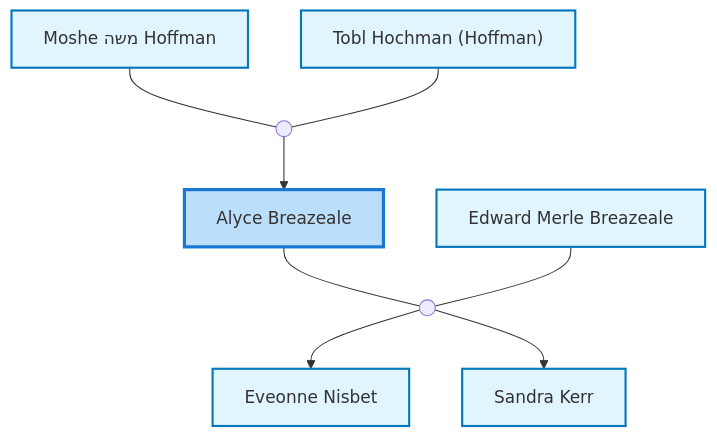
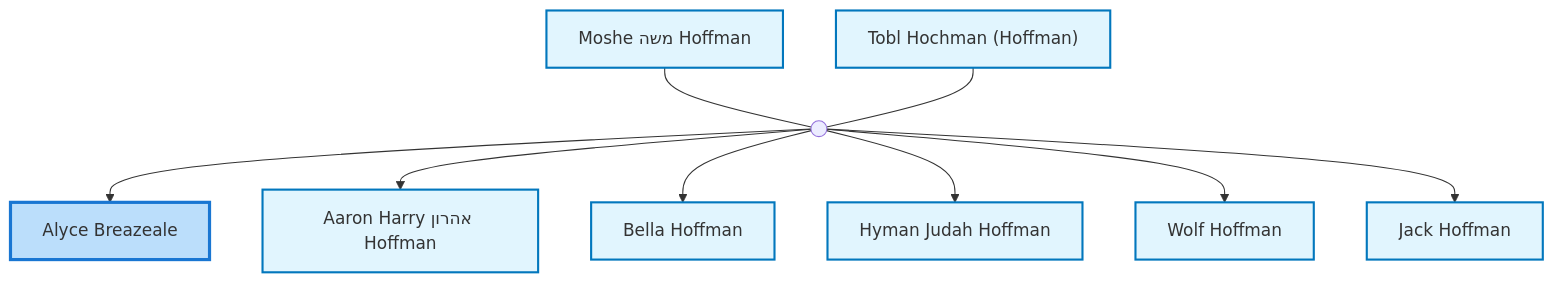
Before and after one commit to moshehoff/FamilyHistory: the first of 3 diagrams in site/content/profiles/Alyce Breazeale.md, drawn with Mermaid. The commit also changed 244 other files, not shown here.

Commit message:
Change Nuclear Family diagram to show parents and siblings, update site title to 'Hoffman Family History', revert diagram zoom to simple scaling

````diff
--- a/site/content/profiles/Alyce Breazeale.md
+++ b/site/content/profiles/Alyce Breazeale.md
@@ -22,33 +22,39 @@
 ```mermaid
 flowchart TD
 classDef person fill:#e1f5fe,stroke:#0277bd,stroke-width:2px;
 classDef internal-link fill:#e1f5fe,stroke:#0277bd,stroke-width:2px;
 classDef current fill:#bbdefb,stroke:#1976d2,stroke-width:3px;
 idI61277011["Alyce Breazeale"]
 class idI61277011 current
 click idI61277011 "../profiles/Alyce-Breazeale" "Alyce Breazeale"
 idI11052340["Moshe משה Hoffman"]
 class idI11052340 internal-link
 click idI11052340 "../profiles/Moshe-%D7%9E%D7%A9%D7%94-Hoffman" "Moshe משה Hoffman"
 idI38735986["Tobl Hochman (Hoffman)"]
 class idI38735986 internal-link
 click idI38735986 "../profiles/Tobl-Hochman-%28Hoffman%29" "Tobl Hochman (Hoffman)"
 marriage_idF3776794((" "))
 idI11052340 --- marriage_idF3776794
 idI38735986 --- marriage_idF3776794
 marriage_idF3776794 --> idI61277011
-idI61276980["Edward Merle Breazeale"]
-class idI61276980 internal-link
-click idI61276980 "../profiles/Edward-Merle-Breazeale" "Edward Merle Breazeale"
-marriage_idF20778736((" "))
-idI61277011 --- marriage_idF20778736
-idI61276980 --- marriage_idF20778736
-idI45569141["Eveonne Nisbet"]
-class idI45569141 internal-link
-click idI45569141 "../profiles/Eveonne-Nisbet" "Eveonne Nisbet"
-marriage_idF20778736 --> idI45569141
-idI39964744["Sandra Kerr"]
-class idI39964744 internal-link
-click idI39964744 "../profiles/Sandra-Kerr" "Sandra Kerr"
-marriage_idF20778736 --> idI39964744
+idI38736184["Aaron Harry אהרון Hoffman"]
+class idI38736184 internal-link
+click idI38736184 "../profiles/Aaron-Harry-%D7%90%D7%94%D7%A8%D7%95%D7%9F-Hoffman" "Aaron Harry אהרון Hoffman"
+marriage_idF3776794 --> idI38736184
+idI38736293["Bella Hoffman"]
+class idI38736293 internal-link
+click idI38736293 "../profiles/Bella-Hoffman" "Bella Hoffman"
+marriage_idF3776794 --> idI38736293
+idI11052350["Hyman Judah Hoffman"]
+class idI11052350 internal-link
+click idI11052350 "../profiles/Hyman-Judah-Hoffman" "Hyman Judah Hoffman"
+marriage_idF3776794 --> idI11052350
+idI7293825["Wolf Hoffman"]
+class idI7293825 internal-link
+click idI7293825 "../profiles/Wolf-Hoffman" "Wolf Hoffman"
+marriage_idF3776794 --> idI7293825
+idI38736559["Jack Hoffman"]
+class idI38736559 internal-link
+click idI38736559 "../profiles/Jack-Hoffman" "Jack Hoffman"
+marriage_idF3776794 --> idI38736559
 ```
````
